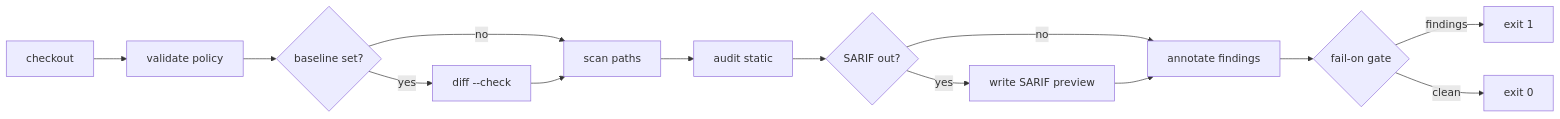
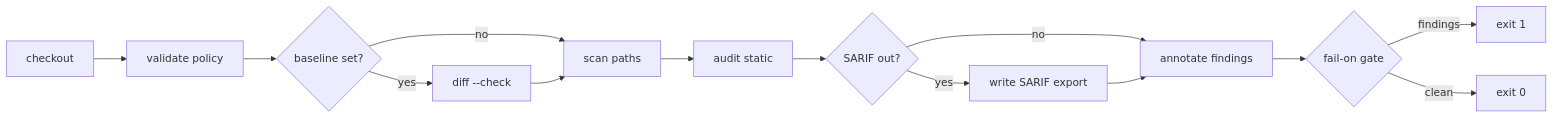
One commit to 01laky/llm-stream-guard changed the diagram in docs/img/ci-action-flow.mmd. Above: the diagram before and after it, drawn with Mermaid. The commit also changed 99 other files, not shown here.

```diff
--- a/docs/img/ci-action-flow.mmd
+++ b/docs/img/ci-action-flow.mmd
@@ -1,14 +1,14 @@
 flowchart LR
   A[checkout] --> B[validate policy]
   B --> C{baseline set?}
   C -->|yes| D[diff --check]
   C -->|no| E[scan paths]
   D --> E
   E --> F[audit static]
   F --> G{SARIF out?}
-  G -->|yes| H[write SARIF preview]
+  G -->|yes| H[write SARIF export]
   G -->|no| I[annotate findings]
   H --> I
   I --> J{fail-on gate}
   J -->|findings| K[exit 1]
   J -->|clean| L[exit 0]
```
